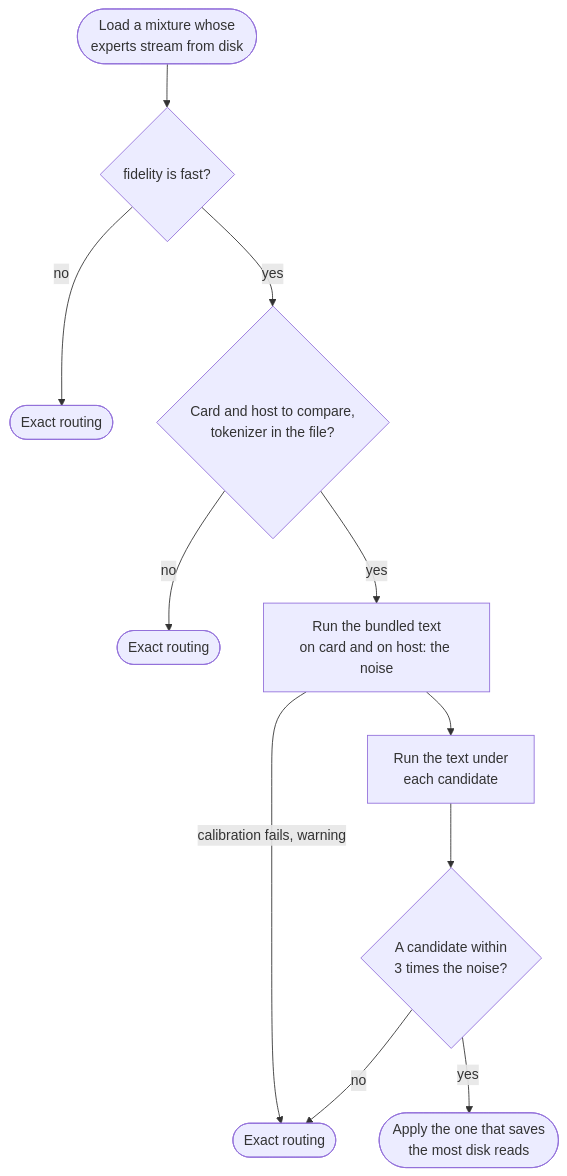
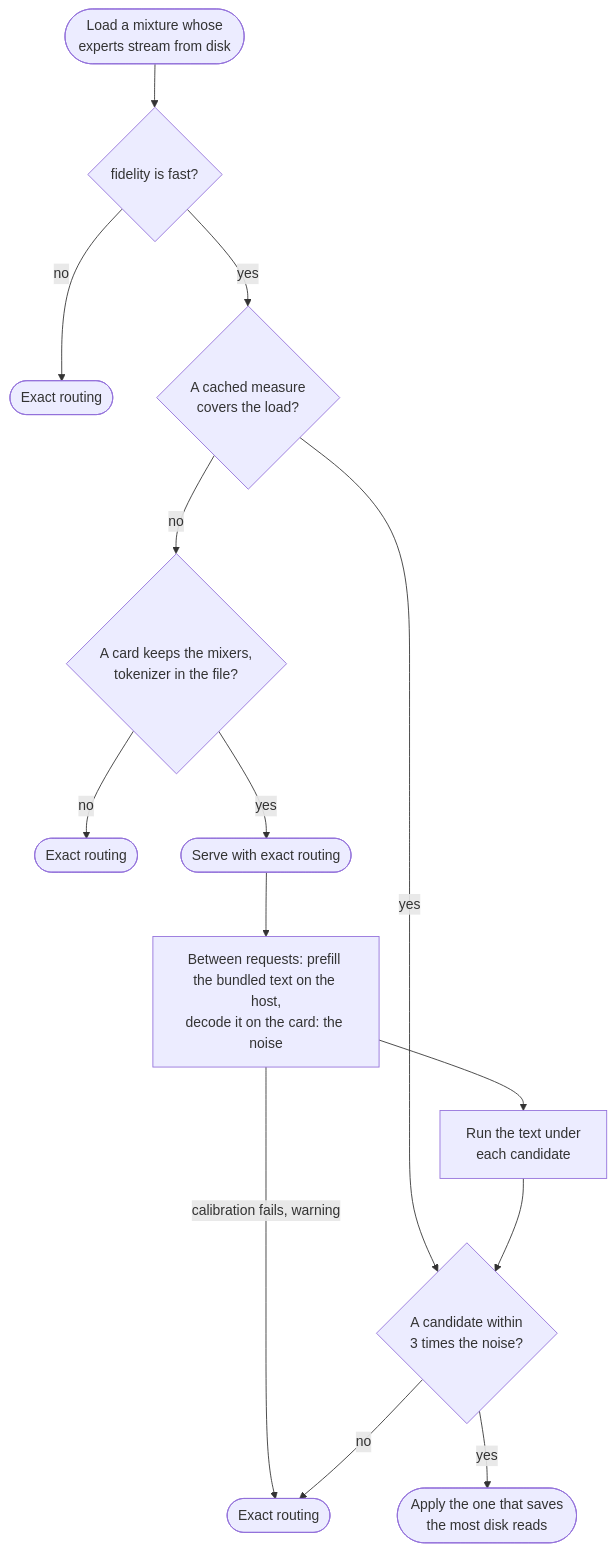
One commit to loken-ai/loken changed the second of 2 diagrams in docs/CONFIGURATION.md. Above: the diagram before and after it, drawn with Mermaid. The commit also changed other lines of this file and 22 other files, not shown here.

````diff
--- a/docs/CONFIGURATION.md
+++ b/docs/CONFIGURATION.md
@@ -337,13 +341,15 @@
 ```mermaid
 flowchart TD
   A(["Load a mixture whose<br/>experts stream from disk"]) --> B{fidelity is fast?}
   B -->|no| E1(["Exact routing"])
-  B -->|yes| C{Card and host to compare,<br/>tokenizer in the file?}
+  B -->|yes| K{A cached measure<br/>covers the load?}
+  K -->|yes| H
+  K -->|no| C{A card keeps the mixers,<br/>tokenizer in the file?}
   C -->|no| E2(["Exact routing"])
-  C -->|yes| D[Run the bundled text<br/>on card and on host: the noise]
+  C -->|yes| R(["Serve with exact routing"]) --> D[Between requests: prefill the bundled text on the host,<br/>decode it on the card: the noise]
   D -->|calibration fails, warning| E3
   D --> G[Run the text under<br/>each candidate]
   G --> H{A candidate within<br/>3 times the noise?}
   H -->|no| E3(["Exact routing"])
   H -->|yes| I(["Apply the one that saves<br/>the most disk reads"])
 ```
````
